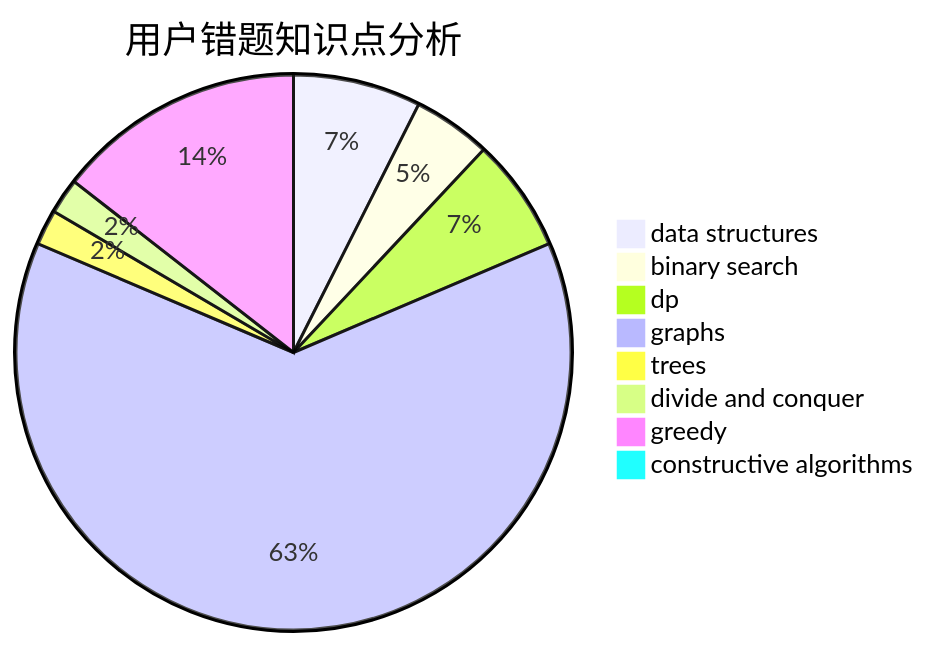
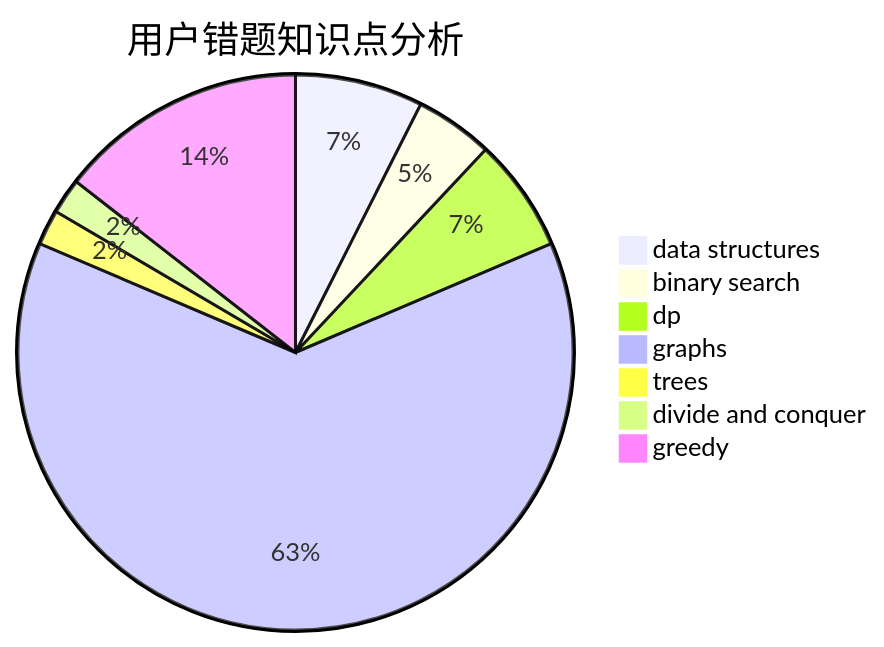
The third of 3 diagrams in docs/user/u253.md (sherpahu/cfrs.github.io), drawn with Mermaid before and after one commit. The commit also changed other lines of this file and 2770 other files, not shown here.

````diff
--- a/docs/user/u253.md
+++ b/docs/user/u253.md
@@ -31,11 +28,10 @@
 ```mermaid
 pie title 用户错题知识点分析
     "data structures" :  18
     "binary search" :  11
     "dp" :  16
     "graphs" :  152
     "trees" :  5
     "divide and conquer" :  5
     "greedy" :  35
-    "constructive algorithms" :  0
 ```
````
